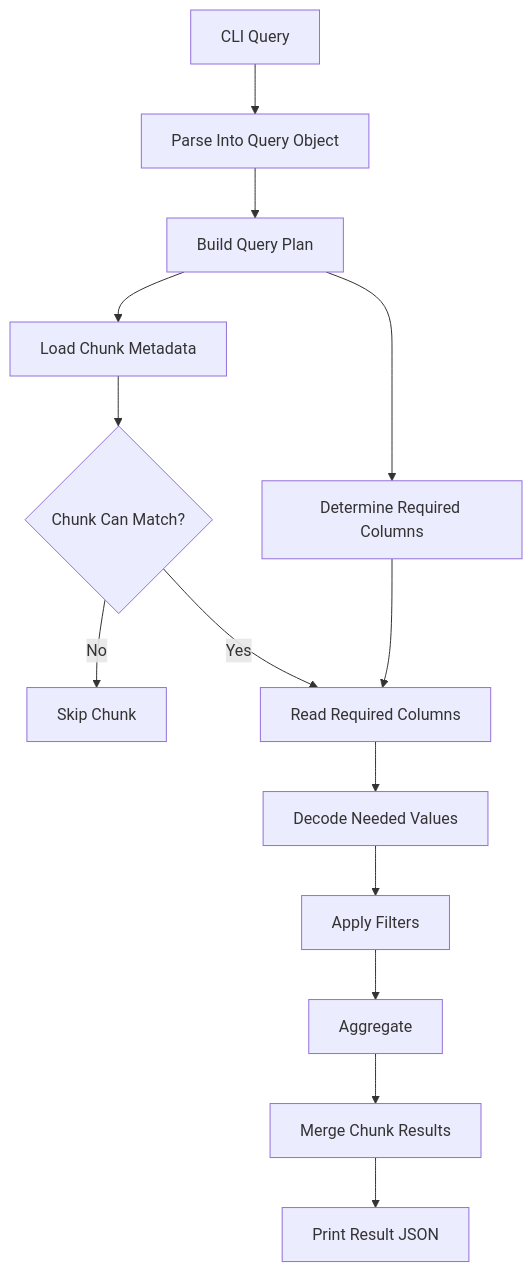
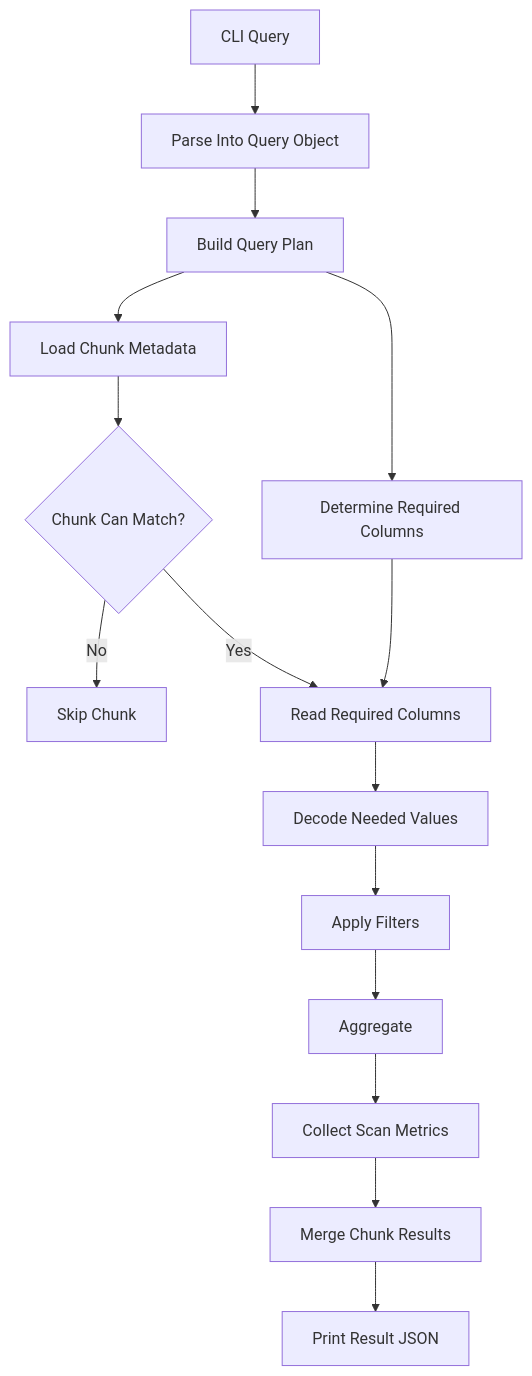
Before and after one commit to pitaleabhishek/tickdb: the second of 2 diagrams in docs/architecture.md, drawn with Mermaid. The commit also changed other lines of this file and 8 other files, not shown here.

Commit message:
Add pruning and scan metrics to query output

````diff
--- a/docs/architecture.md
+++ b/docs/architecture.md
@@ -114,16 +114,17 @@
 ```mermaid
 flowchart TD
     A[CLI Query] --> B[Parse Into Query Object]
     B --> C[Build Query Plan]
     C --> D[Determine Required Columns]
     C --> E[Load Chunk Metadata]
     E --> F{Chunk Can Match?}
     F -- No --> G[Skip Chunk]
     F -- Yes --> H[Read Required Columns]
     D --> H
     H --> I[Decode Needed Values]
     I --> J[Apply Filters]
     J --> K[Aggregate]
-    K --> L[Merge Chunk Results]
-    L --> M[Print Result JSON]
+    K --> L[Collect Scan Metrics]
+    L --> M[Merge Chunk Results]
+    M --> N[Print Result JSON]
 ```
````
